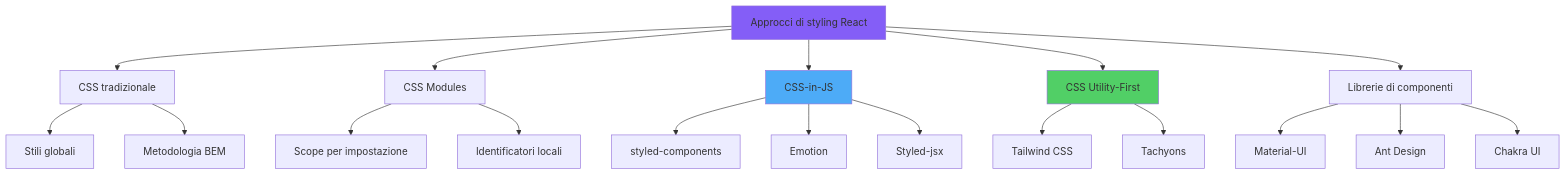
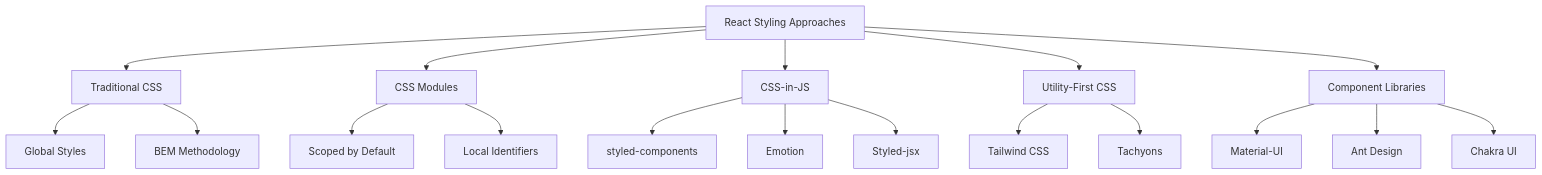
The first of 6 diagrams in arguments/chapters/it/04-react-styling.md (BabaScience/react-guides), drawn with Mermaid before and after one commit. The commit also changed other lines of this file and 29 other files, not shown here.

First line of the commit message:
Bring React FR/IT translations to full English parity + theme-safe diagrams

````diff
--- a/arguments/chapters/it/04-react-styling.md
+++ b/arguments/chapters/it/04-react-styling.md
@@ -22,29 +28,26 @@
 ```mermaid
 graph TD
-    A[Approcci di styling React] --> B[CSS tradizionale]
+    A[React Styling Approaches] --> B[Traditional CSS]
     A --> C[CSS Modules]
     A --> D[CSS-in-JS]
-    A --> E[CSS Utility-First]
-    A --> F[Librerie di componenti]
+    A --> E[Utility-First CSS]
+    A --> F[Component Libraries]
     
-    B --> B1[Stili globali]
-    B --> B2[Metodologia BEM]
+    B --> B1[Global Styles]
+    B --> B2[BEM Methodology]
     
-    C --> C1[Scope per impostazione]
-    C --> C2[Identificatori locali]
+    C --> C1[Scoped by Default]
+    C --> C2[Local Identifiers]
     
     D --> D1[styled-components]
     D --> D2[Emotion]
     D --> D3[Styled-jsx]
     
     E --> E1[Tailwind CSS]
     E --> E2[Tachyons]
     
     F --> F1[Material-UI]
     F --> F2[Ant Design]
     F --> F3[Chakra UI]
     
-    style A fill:#845ef7
-    style D fill:#4dabf7
-    style E fill:#51cf66
 ```
````
